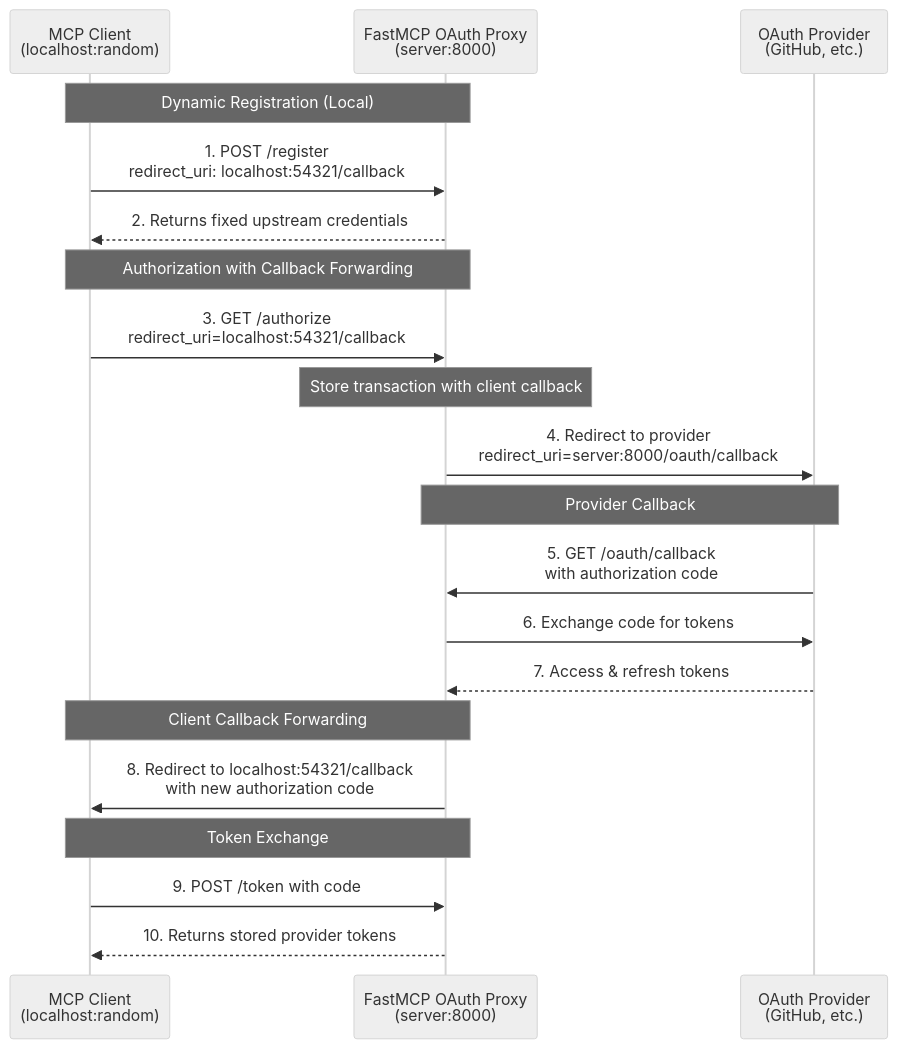
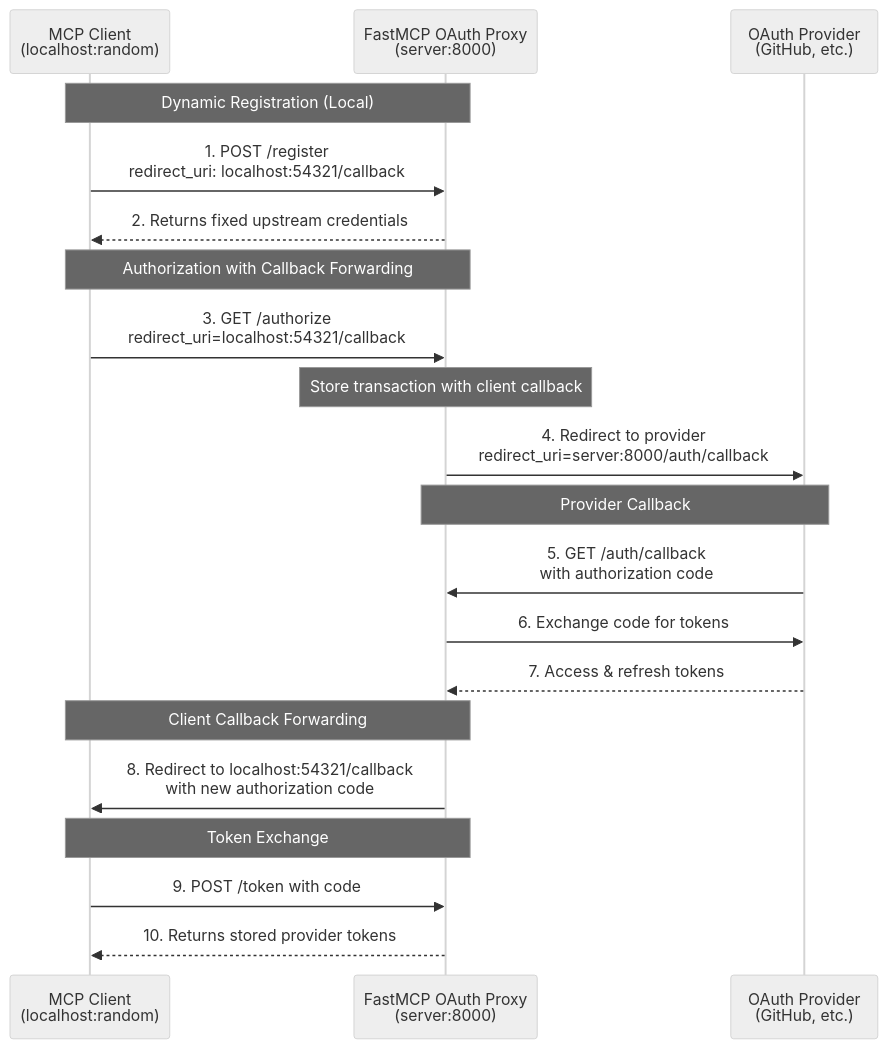
One commit to valenzuelaomar/fastmcp changed the diagram in docs/servers/auth/oauth-proxy.mdx. Above: the diagram before and after it, drawn with Mermaid (neutral theme). The commit also changed other lines of this file and 46 other files, not shown here.

````diff
--- a/docs/servers/auth/oauth-proxy.mdx
+++ b/docs/servers/auth/oauth-proxy.mdx
@@ -65,27 +65,27 @@
 ```mermaid
 sequenceDiagram
     participant Client as MCP Client<br/>(localhost:random)
     participant Proxy as FastMCP OAuth Proxy<br/>(server:8000)
     participant Provider as OAuth Provider<br/>(GitHub, etc.)
 
     Note over Client, Proxy: Dynamic Registration (Local)
     Client->>Proxy: 1. POST /register<br/>redirect_uri: localhost:54321/callback
     Proxy-->>Client: 2. Returns fixed upstream credentials
 
     Note over Client, Proxy: Authorization with Callback Forwarding
     Client->>Proxy: 3. GET /authorize<br/>redirect_uri=localhost:54321/callback
     Note over Proxy: Store transaction with client callback
-    Proxy->>Provider: 4. Redirect to provider<br/>redirect_uri=server:8000/oauth/callback
+    Proxy->>Provider: 4. Redirect to provider<br/>redirect_uri=server:8000/auth/callback
     
     Note over Provider, Proxy: Provider Callback
-    Provider->>Proxy: 5. GET /oauth/callback<br/>with authorization code
+    Provider->>Proxy: 5. GET /auth/callback<br/>with authorization code
     Proxy->>Provider: 6. Exchange code for tokens
     Provider-->>Proxy: 7. Access & refresh tokens
     
     Note over Proxy, Client: Client Callback Forwarding
     Proxy->>Client: 8. Redirect to localhost:54321/callback<br/>with new authorization code
     
     Note over Client, Proxy: Token Exchange
     Client->>Proxy: 9. POST /token with code
     Proxy-->>Client: 10. Returns stored provider tokens
 ```
````
